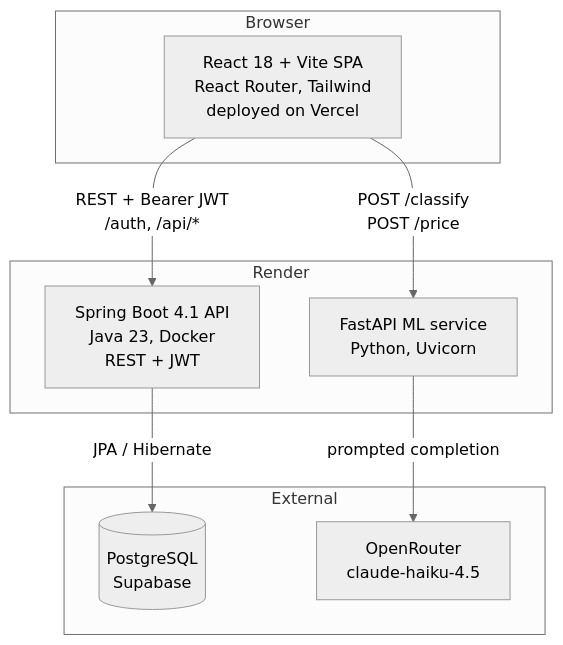
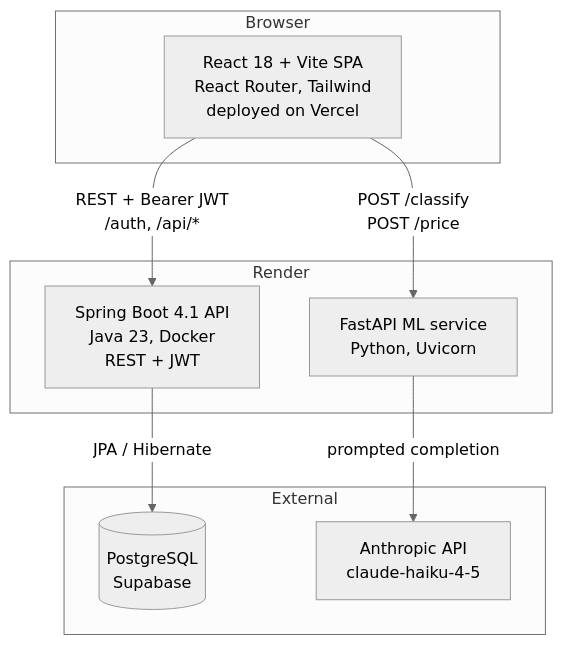
One commit to UbuntuLink/Geekulcha_Hackathon26 changed the first of 2 diagrams in README.md. Above: the diagram before and after it, drawn with Mermaid (neutral theme). The commit also changed other lines of this file and 13 other files, not shown here.

First line of the commit message:
Call Claude directly through the Anthropic SDK instead of OpenRouter

````diff
--- a/README.md
+++ b/README.md
@@ -34,21 +34,21 @@
 ```mermaid
 flowchart TD
     subgraph client ["Browser"]
         FE["React 18 + Vite SPA<br/>React Router, Tailwind<br/>deployed on Vercel"]
     end
 
     subgraph render ["Render"]
         API["Spring Boot 4.1 API<br/>Java 23, Docker<br/>REST + JWT"]
         ML["FastAPI ML service<br/>Python, Uvicorn"]
     end
 
     subgraph external ["External"]
         DB[("PostgreSQL<br/>Supabase")]
-        LLM["OpenRouter<br/>claude-haiku-4.5"]
+        LLM["Anthropic API<br/>claude-haiku-4-5"]
     end
 
     FE -->|"REST + Bearer JWT<br/>/auth, /api/*"| API
     FE -->|"POST /classify<br/>POST /price"| ML
     API -->|"JPA / Hibernate"| DB
     ML -->|"prompted completion"| LLM
 ```
````
